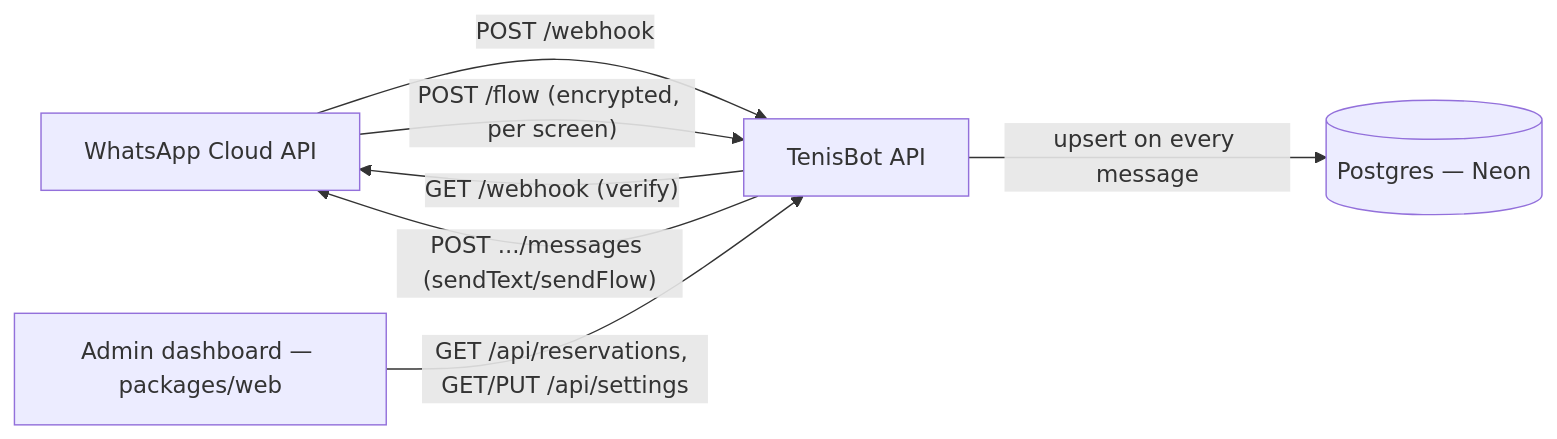
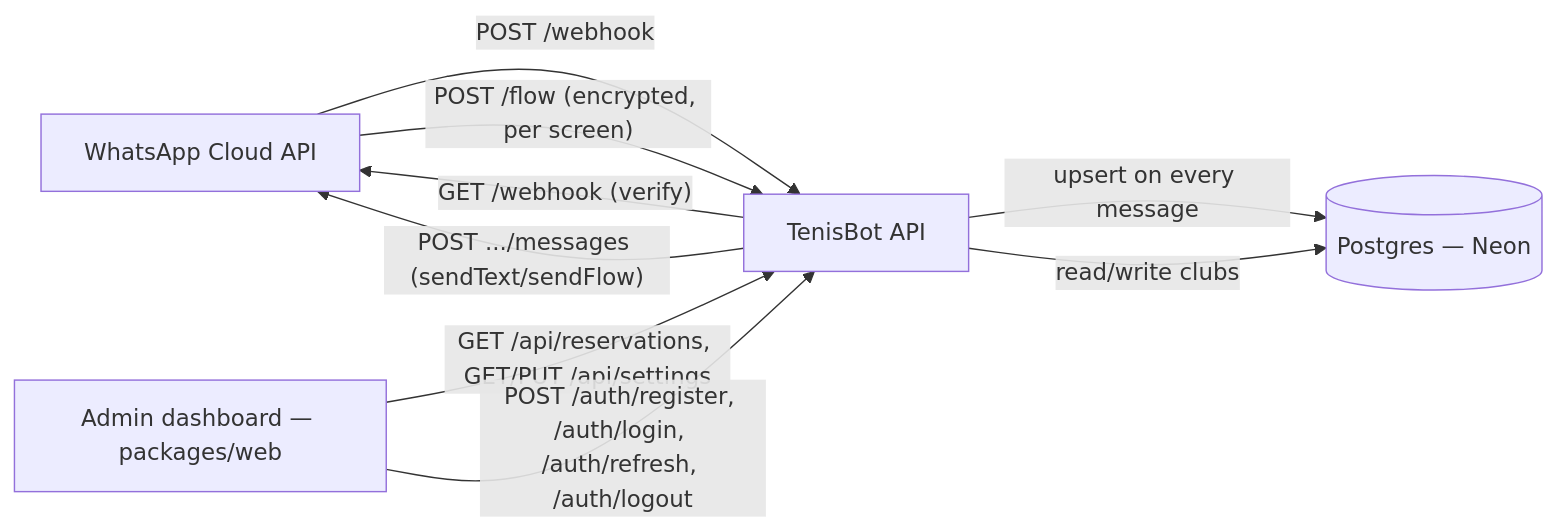
Before and after one commit to jluncashu/tennis-bot: the diagram in docs/app/architecture.md, drawn with Mermaid. The commit also changed other lines of this file and 13 other files, not shown here.

````diff
--- a/docs/app/architecture.md
+++ b/docs/app/architecture.md
@@ -12,9 +12,11 @@
 ```mermaid
 graph LR
   WA[WhatsApp Cloud API] -- "POST /webhook" --> API[TenisBot API]
   API -- "GET /webhook (verify)" --> WA
   API -- "POST .../messages (sendText/sendFlow)" --> WA
   WA -- "POST /flow (encrypted, per screen)" --> API
   API -- "upsert on every message" --> DB[(Postgres — Neon)]
   WEB[Admin dashboard — packages/web] -- "GET /api/reservations, GET/PUT /api/settings" --> API
+  WEB -- "POST /auth/register, /auth/login, /auth/refresh, /auth/logout" --> API
+  API -- "read/write clubs" --> DB
 ```
````
